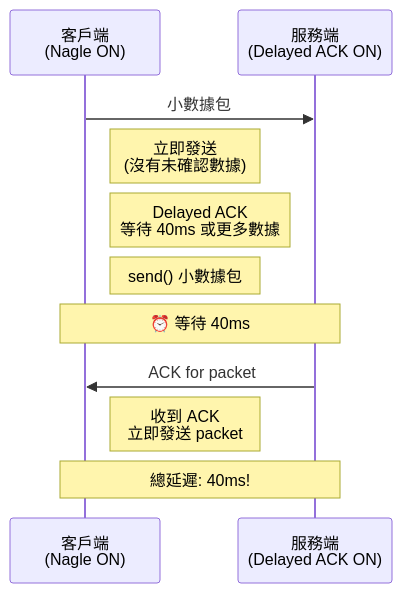
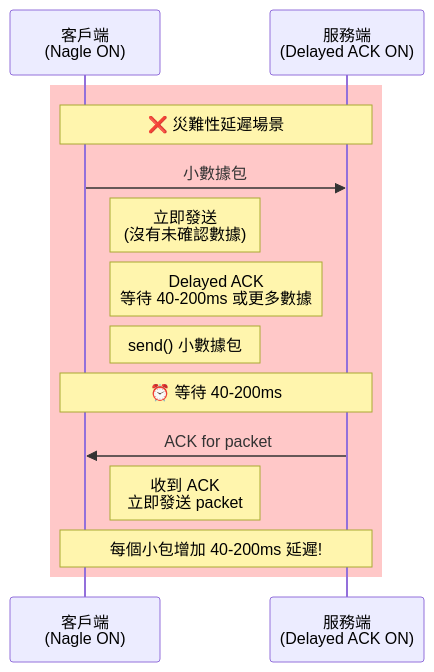
The ninth of 11 diagrams in 1. Programing/08-interview/1-計算機網路問題.md (LiamStanDev/programming-notes), drawn with Mermaid before and after one commit. The commit also changed other lines of this file and 4 other files, not shown here.

````diff
--- a/1. Programing/08-interview/1-計算機網路問題.md
+++ b/1. Programing/08-interview/1-計算機網路問題.md
@@ -715,19 +1237,23 @@
 ```mermaid
 sequenceDiagram
     participant C as 客戶端<br/>(Nagle ON)
     participant S as 服務端<br/>(Delayed ACK ON)
     
-    C->>S: 小數據包 #1 (10 bytes)
-    Note right of C: 立即發送<br/>(沒有未確認數據)
-    
-    Note left of S: Delayed ACK<br/>等待 40ms 或更多數據
-    
-    Note right of C: send() 小數據包 #2<br/>但被 Nagle 緩存<br/>(等待 ACK)
-    
-    Note over C,S: ⏰ 等待 40ms
-    
-    S->>C: ACK for packet #1
-    Note right of C: 收到 ACK<br/>立即發送 packet #2
-    
-    Note over C,S: 總延遲: 40ms!
+    rect rgb(255, 200, 200)
+        Note over C,S: ❌ 災難性延遲場景
+        
+        C->>S: 小數據包 #1 (10 bytes)
+        Note right of C: 立即發送<br/>(沒有未確認數據)
+        
+        Note left of S: Delayed ACK<br/>等待 40-200ms 或更多數據
+        
+        Note right of C: send() 小數據包 #2<br/>但被 Nagle 緩存<br/>(等待 ACK)
+        
+        Note over C,S: ⏰ 等待 40-200ms
+        
+        S->>C: ACK for packet #1
+        Note right of C: 收到 ACK<br/>立即發送 packet #2
+        
+        Note over C,S: 每個小包增加 40-200ms 延遲!
+    end
 ```
````
